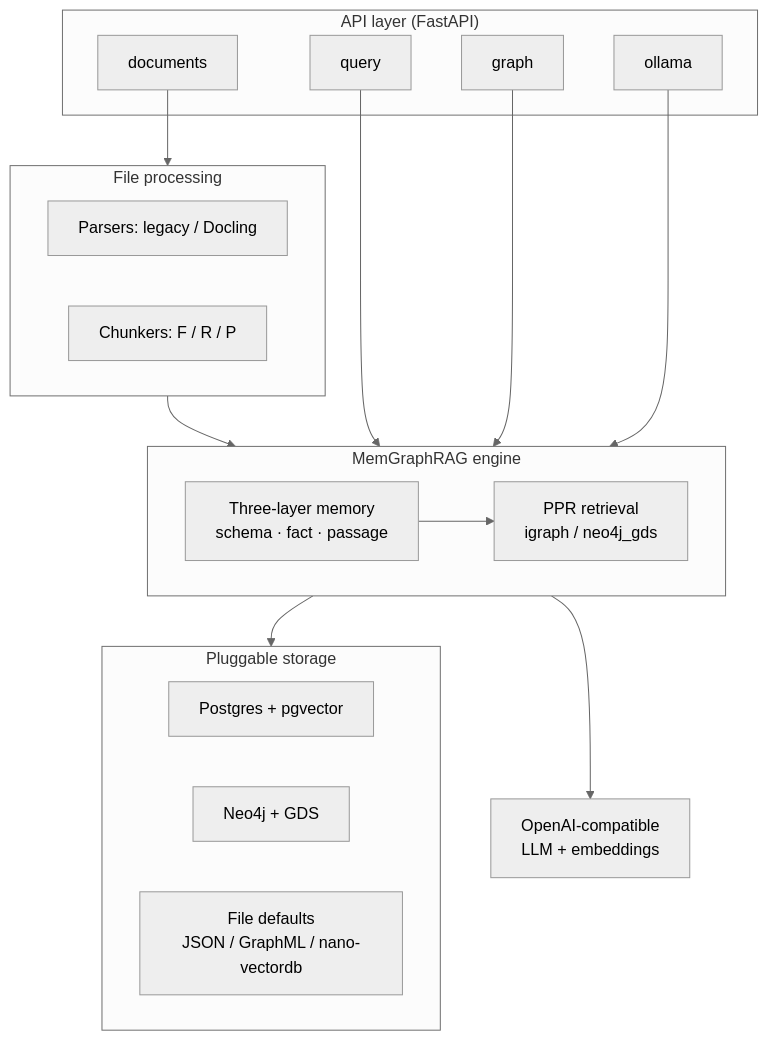
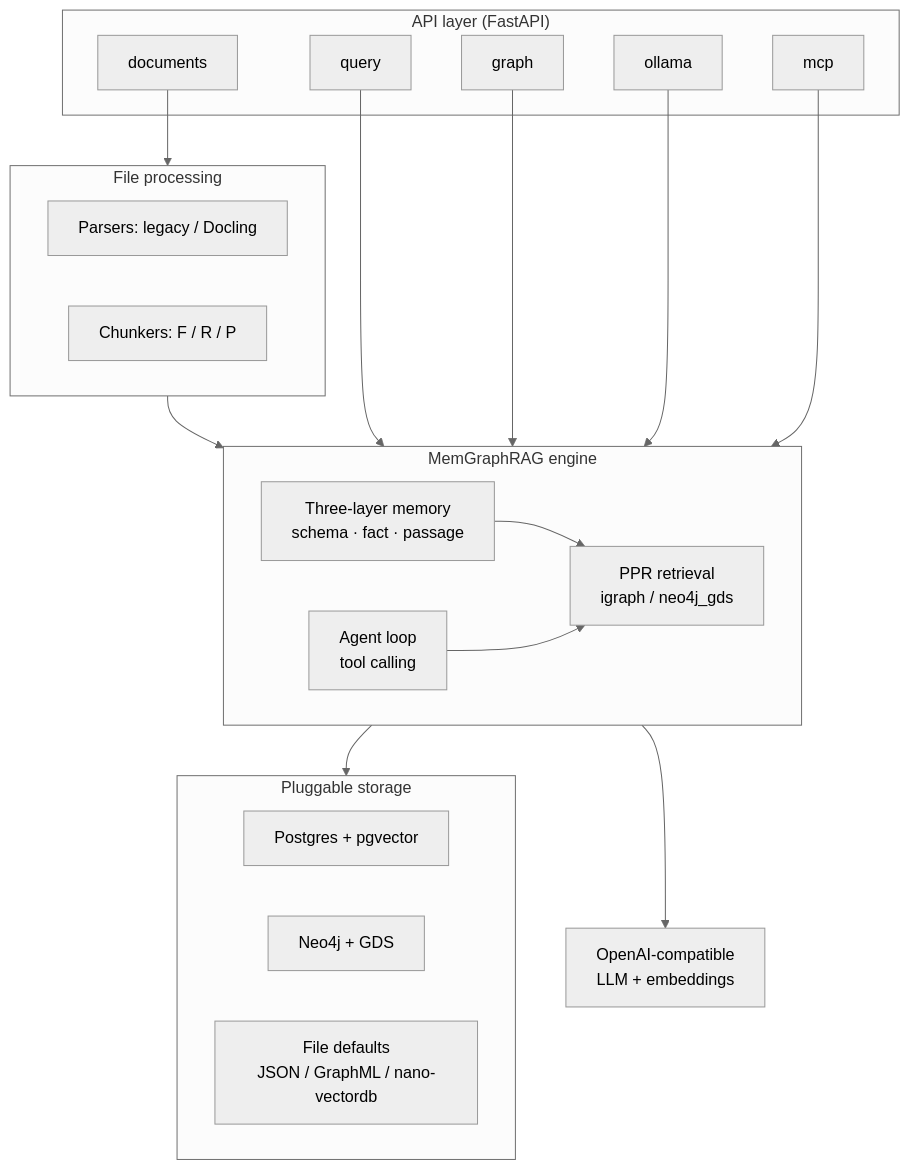
One commit to ExeioS33/exeio-memgraphrag changed the diagram in README.md. Above: the diagram before and after it, drawn with Mermaid (neutral theme). The commit also changed other lines of this file and 2 other files, not shown here.

First line of the commit message:
Rewrite the README on generic examples and document the MCP server

````diff
--- a/README.md
+++ b/README.md
@@ -156,36 +179,40 @@
 ```mermaid
 flowchart TB
   subgraph API["API layer (FastAPI)"]
     DOC[documents]
     QRY[query]
     GRPH[graph]
     OLL[ollama]
+    MCP[mcp]
   end
 
   subgraph FP["File processing"]
     PAR["Parsers: legacy / Docling"]
     CHK["Chunkers: F / R / P"]
   end
 
   subgraph ENG["MemGraphRAG engine"]
     MEM["Three-layer memory<br/>schema · fact · passage"]
     PPR["PPR retrieval<br/>igraph / neo4j_gds"]
+    AGT["Agent loop<br/>tool calling"]
   end
 
   subgraph STOR["Pluggable storage"]
     PG["Postgres + pgvector"]
     NEO["Neo4j + GDS"]
     FILE["File defaults<br/>JSON / GraphML / nano-vectordb"]
   end
 
   LLM["OpenAI-compatible<br/>LLM + embeddings"]
 
   DOC --> FP
   FP --> ENG
   QRY --> ENG
   GRPH --> ENG
   OLL --> ENG
+  MCP --> ENG
   ENG --> STOR
   ENG --> LLM
   MEM --> PPR
+  AGT --> PPR
 ```
````
